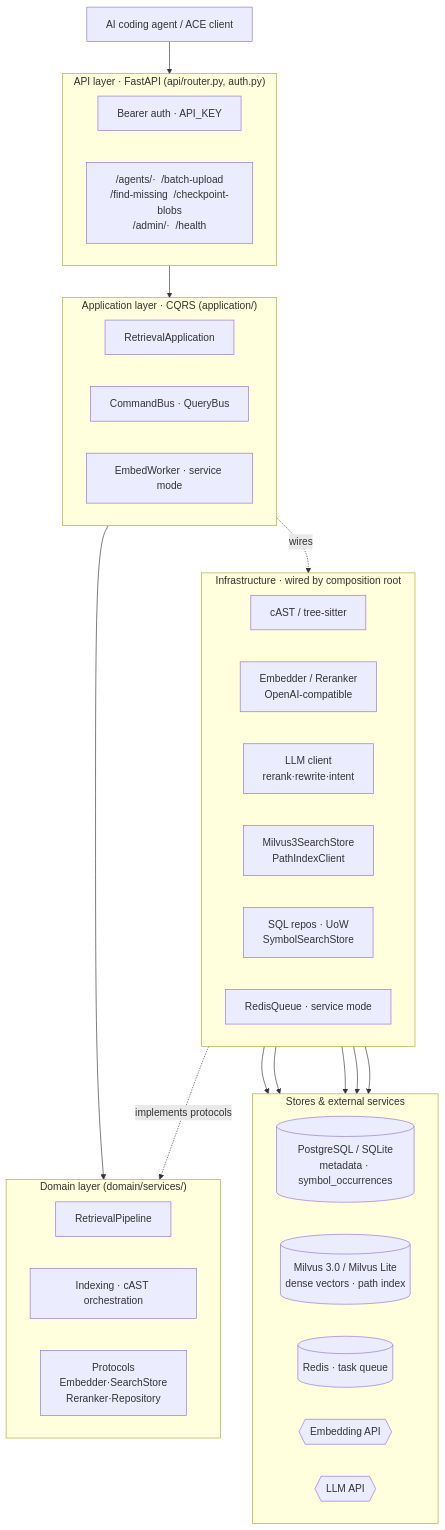
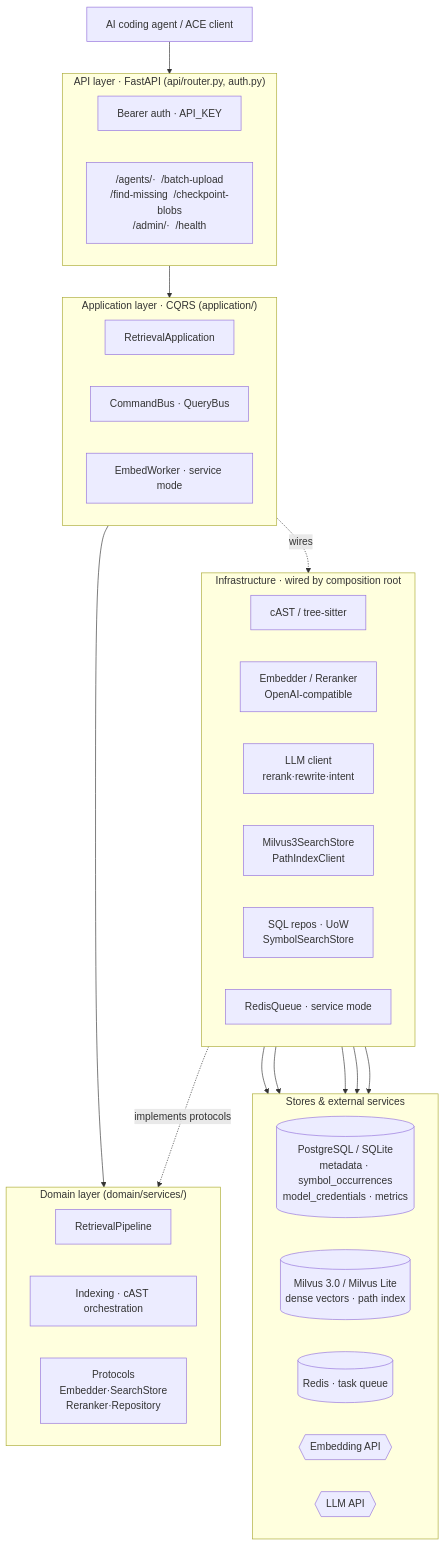
Before and after one commit to oce-ai/oce: the first of 2 diagrams in README.md, drawn with Mermaid. The commit also changed other lines of this file and 2 other files, not shown here.

First line of the commit message:
docs: sync README/AGENTS with current API, credentials, monitoring

````diff
--- a/README.md
+++ b/README.md
@@ -166,55 +194,55 @@
 ```mermaid
 flowchart TB
     Client["AI coding agent / ACE client"]
 
     subgraph API["API layer · FastAPI (api/router.py, auth.py)"]
         direction LR
         Auth["Bearer auth · API_KEY"]
         Endpoints["/agents/·  /batch-upload<br/>/find-missing  /checkpoint-blobs<br/>/admin/·  /health"]
     end
 
     subgraph APP["Application layer · CQRS (application/)"]
         direction LR
         AppSvc["RetrievalApplication"]
         Buses["CommandBus · QueryBus"]
         Worker["EmbedWorker · service mode"]
     end
 
     subgraph DOMAIN["Domain layer (domain/services/)"]
         direction LR
         Pipeline["RetrievalPipeline"]
         Indexing["Indexing · cAST orchestration"]
         Proto["Protocols<br/>Embedder·SearchStore<br/>Reranker·Repository"]
     end
 
     subgraph INFRA["Infrastructure · wired by composition root"]
         direction LR
         Chunker["cAST / tree-sitter"]
         Embed["Embedder / Reranker<br/>OpenAI-compatible"]
         LLMC["LLM client<br/>rerank·rewrite·intent"]
         Vector["Milvus3SearchStore<br/>PathIndexClient"]
         Sql["SQL repos · UoW<br/>SymbolSearchStore"]
         RedisQ["RedisQueue · service mode"]
     end
 
     subgraph STORE["Stores & external services"]
         direction LR
-        DB[("PostgreSQL / SQLite<br/>metadata · symbol_occurrences")]
+        DB[("PostgreSQL / SQLite<br/>metadata · symbol_occurrences<br/>model_credentials · metrics")]
         Milvus[("Milvus 3.0 / Milvus Lite<br/>dense vectors · path index")]
         Redis[("Redis · task queue")]
         EmbedAPI{{"Embedding API"}}
         LLMAPI{{"LLM API"}}
     end
 
     Client --> API
     API --> APP
     APP --> DOMAIN
     APP -. wires .-> INFRA
     INFRA -. implements protocols .-> DOMAIN
 
     Embed --> EmbedAPI
     LLMC --> LLMAPI
     Vector --> Milvus
     Sql --> DB
     RedisQ --> Redis
 ```
````
